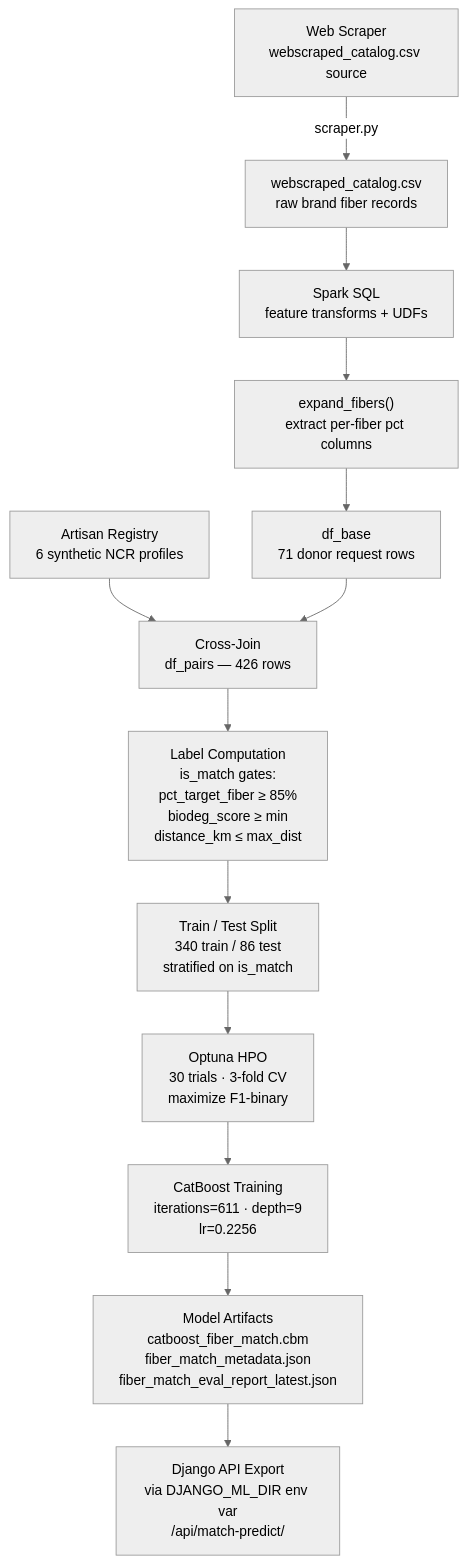
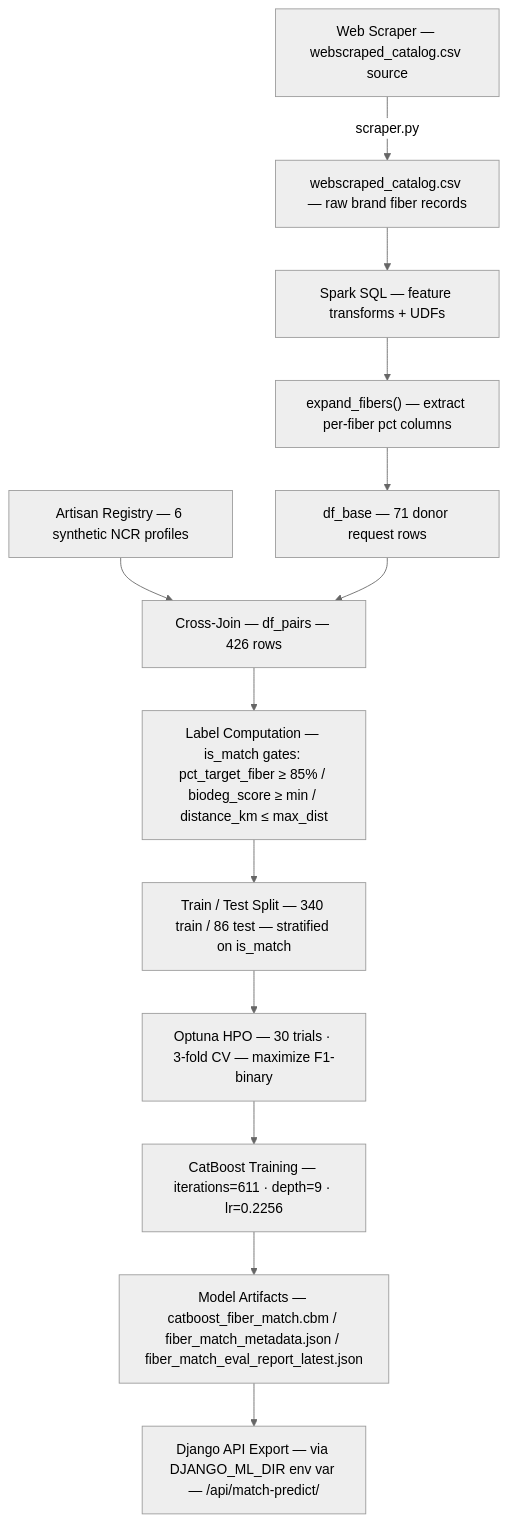
Before and after one commit to bakuncwa/weaveforward_fiber_model: the first of 2 diagrams in README.md, drawn with Mermaid (neutral theme). The commit also changed other lines of this file, not shown here.

````diff
--- a/README.md
+++ b/README.md
@@ -52,15 +52,15 @@
 ```mermaid
 flowchart TD
-    A["Web Scraper\nwebscraped_catalog.csv source"] -->|"scraper.py"| B["webscraped_catalog.csv\nraw brand fiber records"]
-    B --> C["Spark SQL\nfeature transforms + UDFs"]
-    C --> D["expand_fibers()\nextract per-fiber pct columns"]
-    D --> E["df_base\n71 donor request rows"]
-    F["Artisan Registry\n6 synthetic NCR profiles"] --> G
-    E --> G["Cross-Join\ndf_pairs — 426 rows"]
-    G --> H["Label Computation\nis_match gates:\npct_target_fiber ≥ 85%\nbiodeg_score ≥ min\ndistance_km ≤ max_dist"]
-    H --> I["Train / Test Split\n340 train / 86 test\nstratified on is_match"]
-    I --> J["Optuna HPO\n30 trials · 3-fold CV\nmaximize F1-binary"]
-    J --> K["CatBoost Training\niterations=611 · depth=9\nlr=0.2256"]
-    K --> L["Model Artifacts\ncatboost_fiber_match.cbm\nfiber_match_metadata.json\nfiber_match_eval_report_latest.json"]
-    L --> M["Django API Export\nvia DJANGO_ML_DIR env var\n/api/match-predict/"]
+    A["Web Scraper — webscraped_catalog.csv source"] -->|"scraper.py"| B["webscraped_catalog.csv — raw brand fiber records"]
+    B --> C["Spark SQL — feature transforms + UDFs"]
+    C --> D["expand_fibers() — extract per-fiber pct columns"]
+    D --> E["df_base — 71 donor request rows"]
+    F["Artisan Registry — 6 synthetic NCR profiles"] --> G
+    E --> G["Cross-Join — df_pairs — 426 rows"]
+    G --> H["Label Computation — is_match gates: pct_target_fiber ≥ 85% / biodeg_score ≥ min / distance_km ≤ max_dist"]
+    H --> I["Train / Test Split — 340 train / 86 test — stratified on is_match"]
+    I --> J["Optuna HPO — 30 trials · 3-fold CV — maximize F1-binary"]
+    J --> K["CatBoost Training — iterations=611 · depth=9 · lr=0.2256"]
+    K --> L["Model Artifacts — catboost_fiber_match.cbm / fiber_match_metadata.json / fiber_match_eval_report_latest.json"]
+    L --> M["Django API Export — via DJANGO_ML_DIR env var — /api/match-predict/"]
 ```
````
